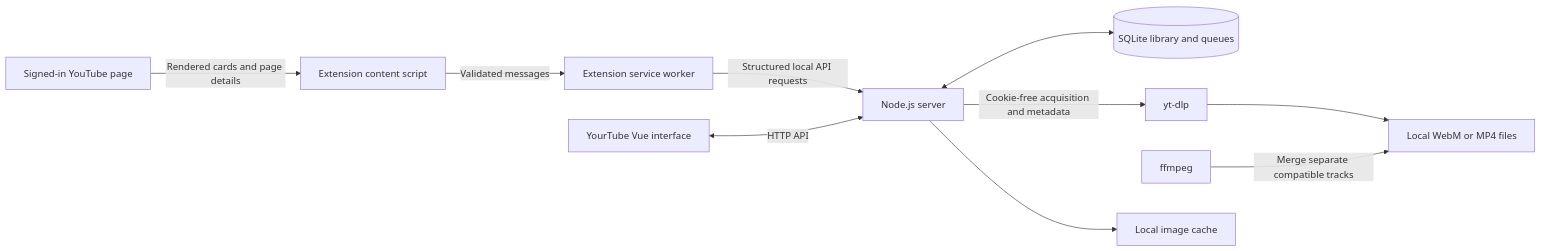
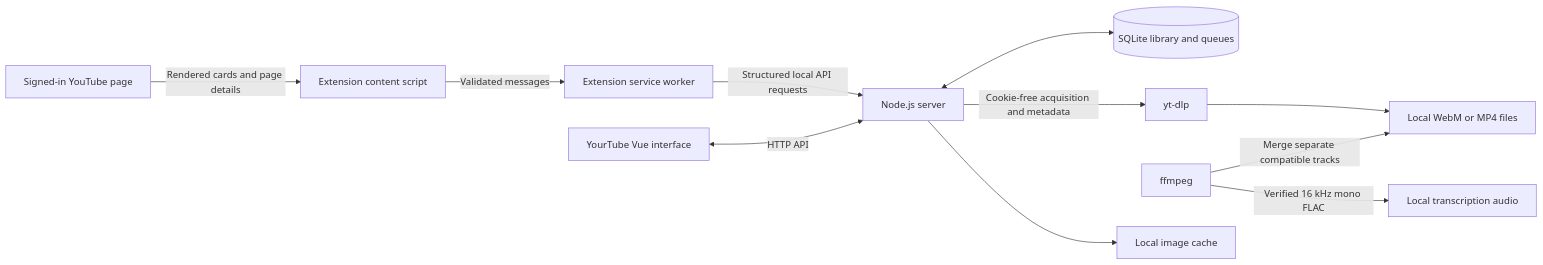
The diagram in docs/ARCHITECTURE.md (ava-sig/yourtube), drawn with Mermaid before and after one commit. The commit also changed other lines of this file and 20 other files, not shown here.

````diff
--- a/docs/ARCHITECTURE.md
+++ b/docs/ARCHITECTURE.md
@@ -7,12 +7,13 @@
 ```mermaid
 flowchart LR
   YT[Signed-in YouTube page] -->|Rendered cards and page details| CS[Extension content script]
   CS -->|Validated messages| BG[Extension service worker]
   BG -->|Structured local API requests| API[Node.js server]
   UI[YourTube Vue interface] <-->|HTTP API| API
   API <--> DB[(SQLite library and queues)]
   API -->|Cookie-free acquisition and metadata| YTDLP[yt-dlp]
   YTDLP --> MEDIA[Local WebM or MP4 files]
   FFMPEG[ffmpeg] -->|Merge separate compatible tracks| MEDIA
+  FFMPEG -->|Verified 16 kHz mono FLAC| AUDIO[Local transcription audio]
   API --> IMG[Local image cache]
 ```
````
